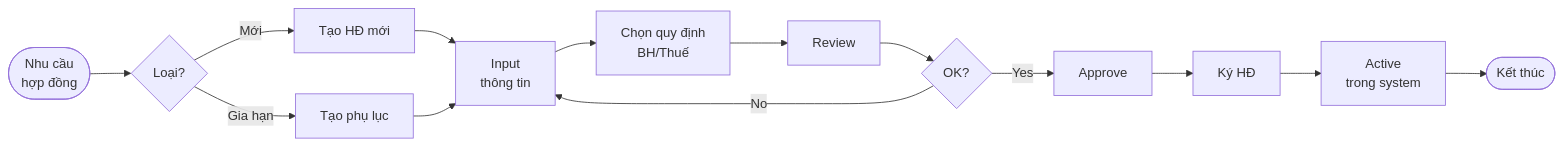
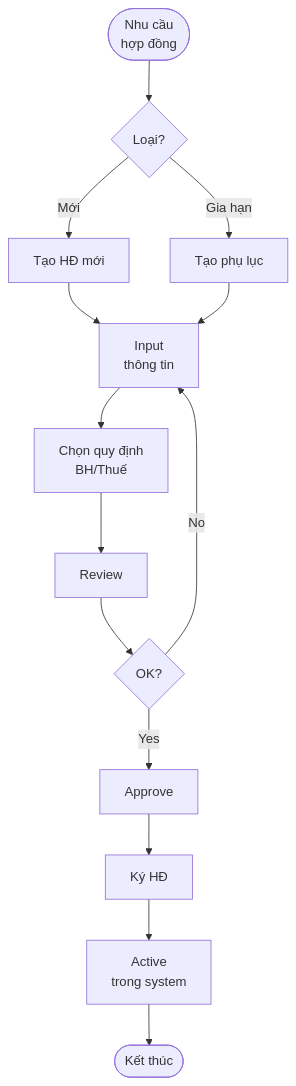
Before and after one commit to devsongnhan/Bflow-Doc: the sixth of 7 diagrams in HRM/Payroll/1_PhanTichYeuCau/2_BusinessProcessModel.md, drawn with Mermaid. The commit also changed other lines of this file and 7 other files, not shown here.

````diff
--- a/HRM/Payroll/1_PhanTichYeuCau/2_BusinessProcessModel.md
+++ b/HRM/Payroll/1_PhanTichYeuCau/2_BusinessProcessModel.md
@@ -226,16 +223,16 @@
 ```mermaid
-graph LR
+graph TB
     Start([Nhu cầu<br/>hợp đồng]) --> A{Loại?}
     A -->|Mới| B[Tạo HĐ mới]
     A -->|Gia hạn| C[Tạo phụ lục]
     B --> D[Input<br/>thông tin]
     C --> D
     D --> E[Chọn quy định<br/>BH/Thuế]
     E --> F[Review]
     F --> G{OK?}
     G -->|No| D
     G -->|Yes| H[Approve]
     H --> I[Ký HĐ]
     I --> J[Active<br/>trong system]
     J --> End([Kết thúc])
 ```
````
